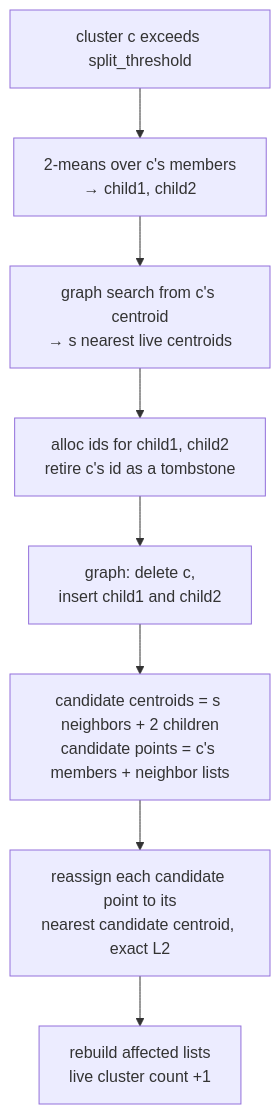
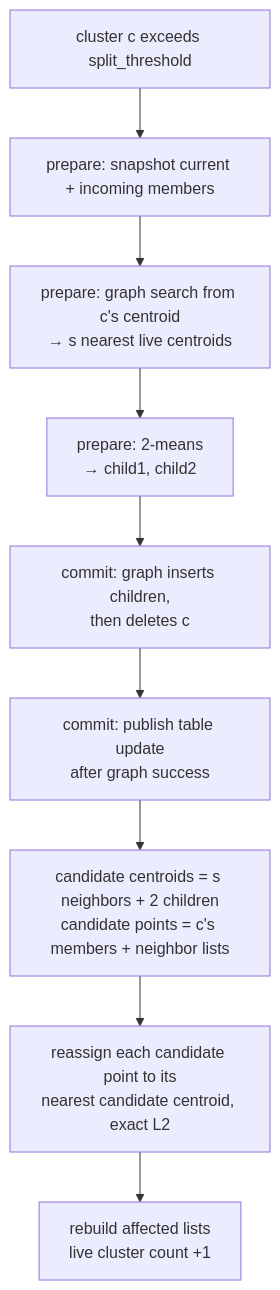
Before and after one commit to microsoft/DiskANN: the third of 4 diagrams in diskann-graphivf/ONLINE.md, drawn with Mermaid. The commit also changed other lines of this file and 27 other files, not shown here.

Commit message:
Harden online graph-IVF runbook benchmarks

````diff
--- a/diskann-graphivf/ONLINE.md
+++ b/diskann-graphivf/ONLINE.md
@@ -247,12 +276,13 @@
 ```mermaid
 flowchart TD
     S0["cluster c exceeds split_threshold"]
-    S1["2-means over c's members<br/>→ child1, child2"]
-    S2["graph search from c's centroid<br/>→ s nearest live centroids"]
-    S3["alloc ids for child1, child2<br/>retire c's id as a tombstone"]
-    S4["graph: delete c,<br/>insert child1 and child2"]
+   S1["prepare: snapshot current + incoming members"]
+   S2["prepare: graph search from c's centroid<br/>→ s nearest live centroids"]
+   S3["prepare: 2-means<br/>→ child1, child2"]
+   S4["commit: graph inserts children,<br/>then deletes c"]
+   S45["commit: publish table update<br/>after graph success"]
     S5["candidate centroids = s neighbors + 2 children<br/>candidate points = c's members + neighbor lists"]
     S6["reassign each candidate point to its<br/>nearest candidate centroid, exact L2"]
     S7["rebuild affected lists<br/>live cluster count +1"]
-    S0 --> S1 --> S2 --> S3 --> S4 --> S5 --> S6 --> S7
+      S0 --> S1 --> S2 --> S3 --> S4 --> S45 --> S5 --> S6 --> S7
 ```
````
